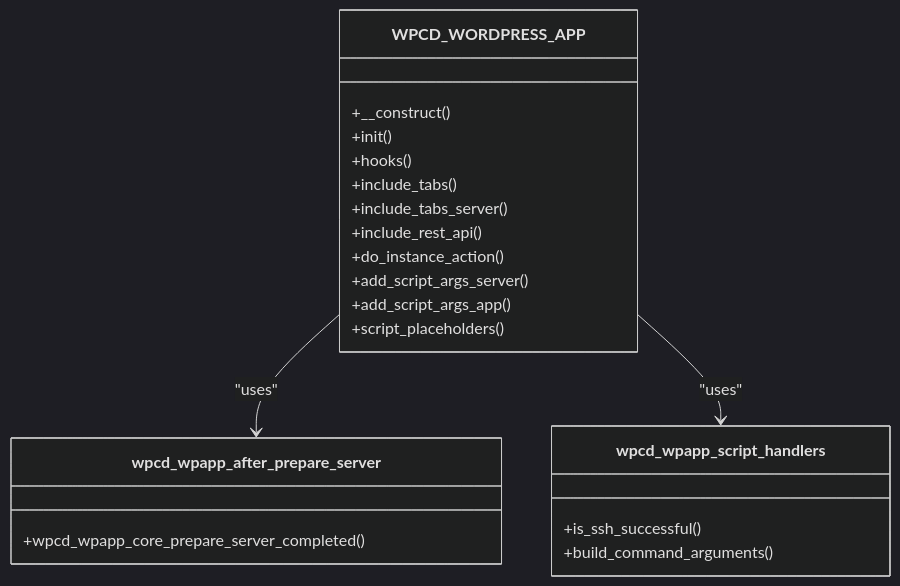
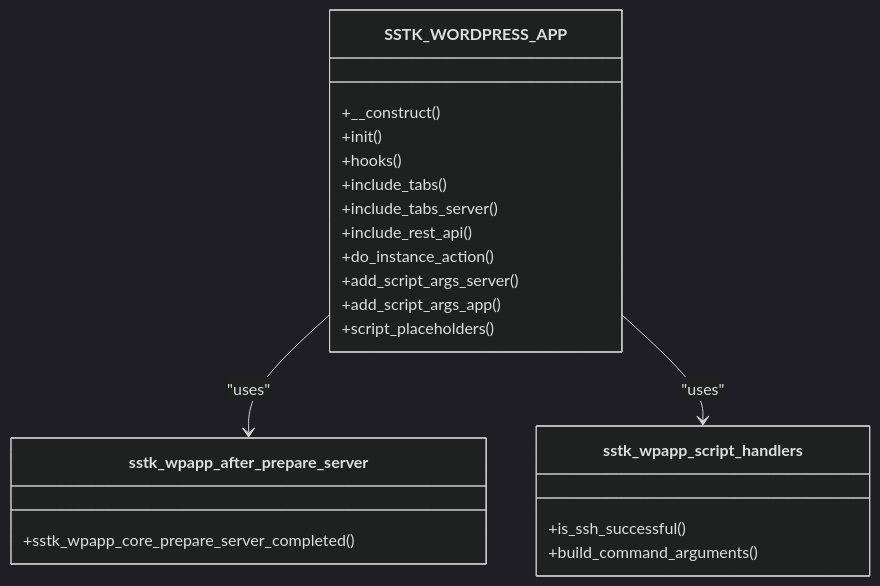
The second of 8 diagrams in .qoder/repowiki/en/content/WordPress Application Engine/WordPress Application Engine.md (onedogsolutions/simple-stack), drawn with Mermaid (dark theme) before and after one commit. The commit also changed other lines of this file and 5941 other files, not shown here.

````diff
--- a/.qoder/repowiki/en/content/WordPress Application Engine/WordPress Application Engine.md
+++ b/.qoder/repowiki/en/content/WordPress Application Engine/WordPress Application Engine.md
@@ -104,24 +104,24 @@
 ```mermaid
 classDiagram
-class WPCD_WORDPRESS_APP {
+class SSTK_WORDPRESS_APP {
 +__construct()
 +init()
 +hooks()
 +include_tabs()
 +include_tabs_server()
 +include_rest_api()
 +do_instance_action()
 +add_script_args_server()
 +add_script_args_app()
 +script_placeholders()
 }
-class wpcd_wpapp_after_prepare_server {
-+wpcd_wpapp_core_prepare_server_completed()
+class sstk_wpapp_after_prepare_server {
++sstk_wpapp_core_prepare_server_completed()
 }
-class wpcd_wpapp_script_handlers {
+class sstk_wpapp_script_handlers {
 +is_ssh_successful()
 +build_command_arguments()
 }
-WPCD_WORDPRESS_APP --> wpcd_wpapp_after_prepare_server : "uses"
-WPCD_WORDPRESS_APP --> wpcd_wpapp_script_handlers : "uses"
+SSTK_WORDPRESS_APP --> sstk_wpapp_after_prepare_server : "uses"
+SSTK_WORDPRESS_APP --> sstk_wpapp_script_handlers : "uses"
 ```
````
